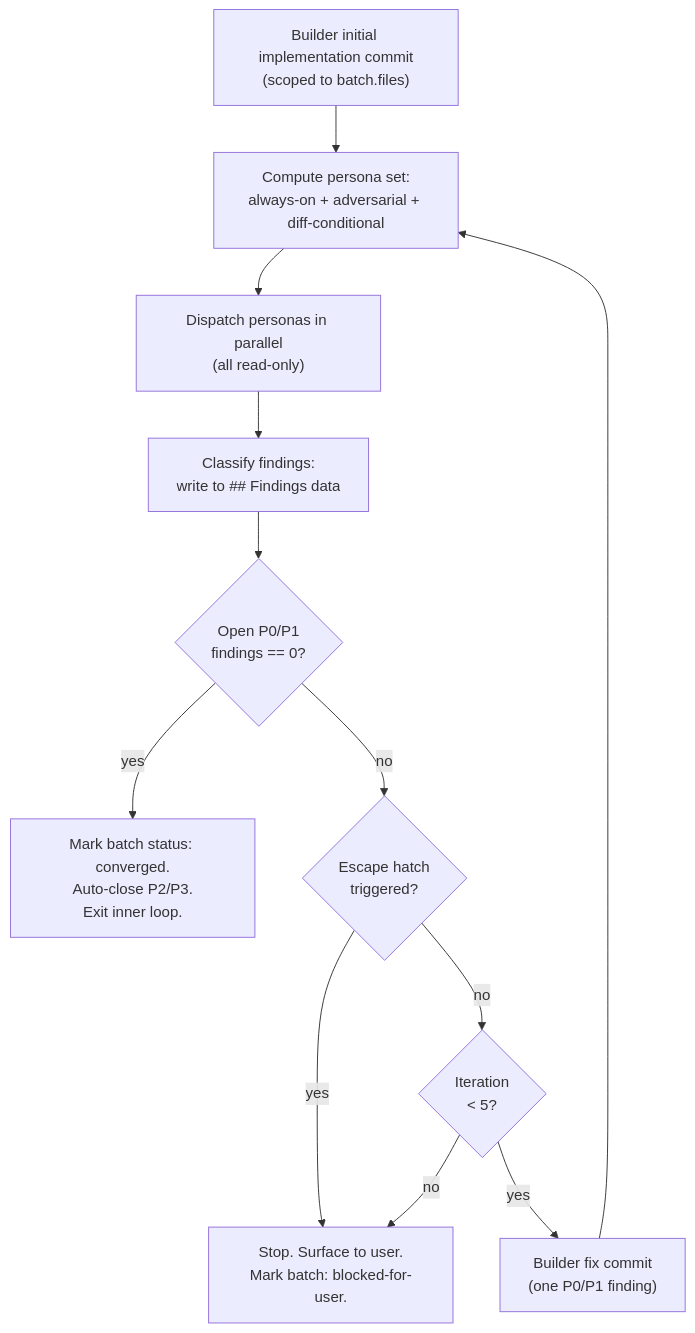
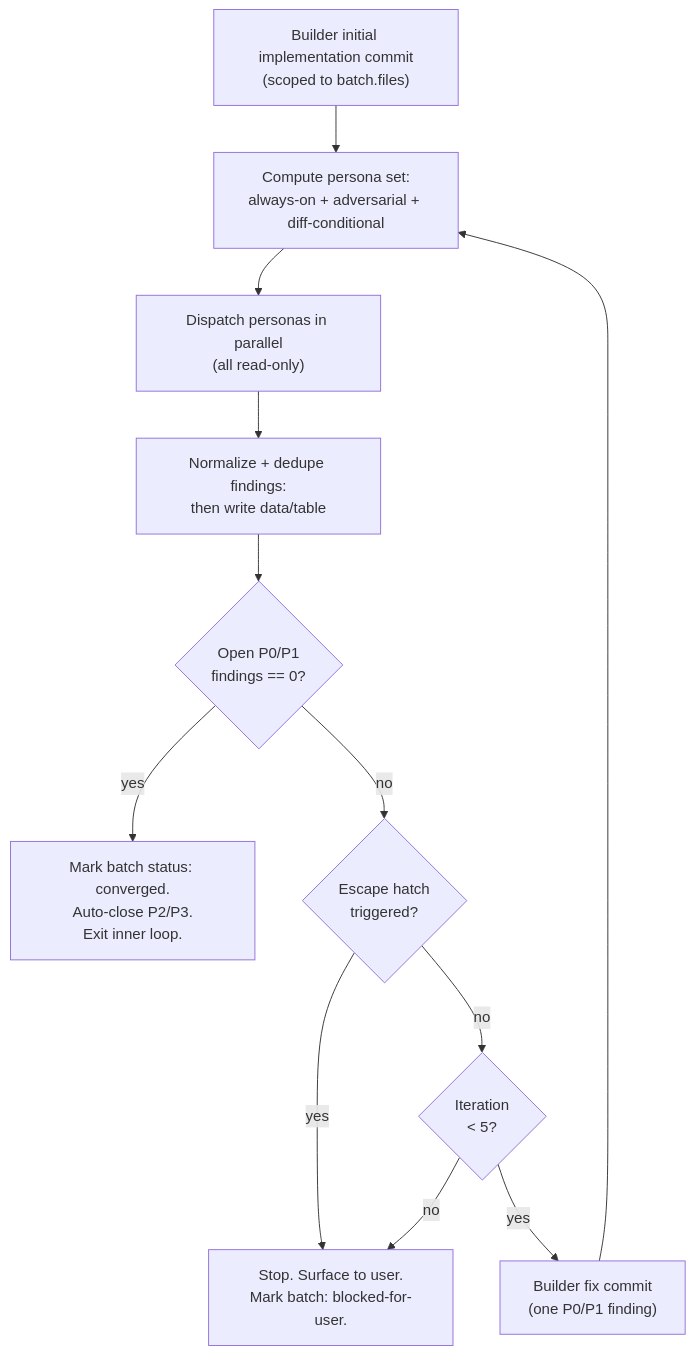
Before and after one commit to nathanvale/claude-code-config: the diagram in runbooks/issue-to-pr/issue-to-pr.md, drawn with Mermaid. The commit also changed other lines of this file, not shown here.

````diff
--- a/runbooks/issue-to-pr/issue-to-pr.md
+++ b/runbooks/issue-to-pr/issue-to-pr.md
@@ -612,14 +630,14 @@
 ```mermaid
 flowchart TD
   IMPL["Builder initial implementation commit<br/>(scoped to batch.files)"] --> P["Compute persona set:<br/>always-on + adversarial + diff-conditional"]
   P --> V["Dispatch personas in parallel<br/>(all read-only)"]
-  V --> F["Classify findings:<br/>write to ## Findings data"]
+  V --> F["Normalize + dedupe findings:<br/>then write data/table"]
   F --> G{"Open P0/P1<br/>findings == 0?"}
   G -->|yes| C["Mark batch status: converged.<br/>Auto-close P2/P3.<br/>Exit inner loop."]
   G -->|no| E{"Escape hatch<br/>triggered?"}
   E -->|yes| H["Stop. Surface to user.<br/>Mark batch: blocked-for-user."]
   E -->|no| CAP{"Iteration<br/>< 5?"}
   CAP -->|no| H
   CAP -->|yes| S["Builder fix commit<br/>(one P0/P1 finding)"]
   S --> P
 ```
````
